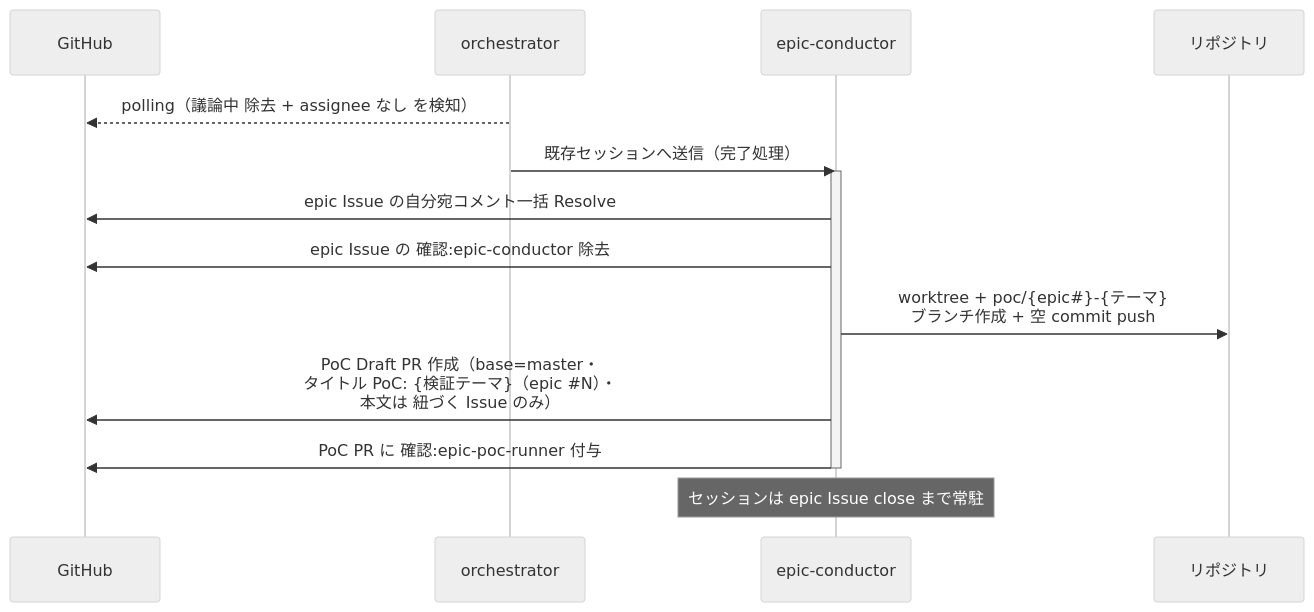
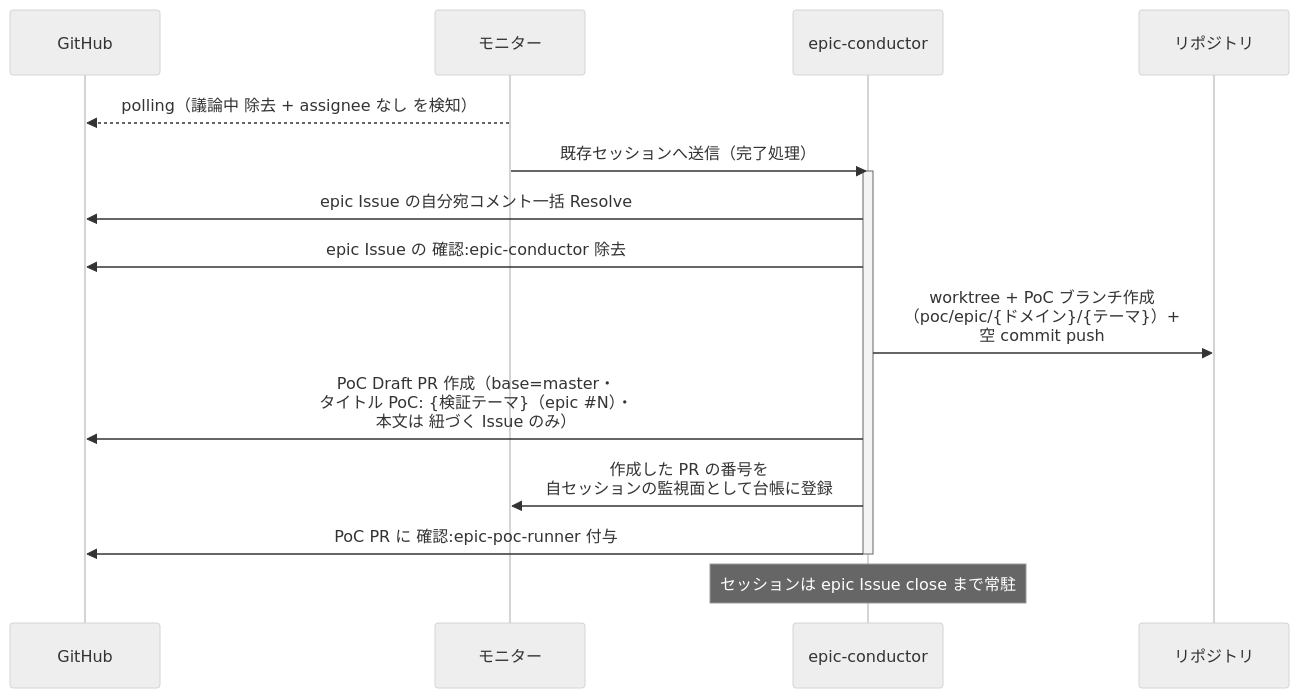
The third of 3 diagrams in docs/wiki/設計図/シナリオ/単一ユースケース/epic要件確定.md (shuhei1101/ai-monitor), drawn with Mermaid (neutral theme) before and after one commit. The commit also changed other lines of this file and 196 other files, not shown here.

````diff
--- a/docs/wiki/設計図/シナリオ/単一ユースケース/epic要件確定.md
+++ b/docs/wiki/設計図/シナリオ/単一ユースケース/epic要件確定.md
@@ -119,18 +128,19 @@
 ```mermaid
 sequenceDiagram
   participant GH as GitHub
-  participant ORC as orchestrator
+  participant ORC as モニター
   participant MON as epic-conductor
   participant REPO as リポジトリ
 
   ORC-->>GH: polling（議論中 除去 + assignee なし を検知）
   ORC->>MON: 既存セッションへ送信（完了処理）
   activate MON
   MON->>GH: epic Issue の自分宛コメント一括 Resolve
   MON->>GH: epic Issue の 確認:epic-conductor 除去
-  MON->>REPO: worktree + poc/{epic#35;}-{テーマ}<br>ブランチ作成 + 空 commit push
+  MON->>REPO: worktree + PoC ブランチ作成<br>（poc/epic/{ドメイン}/{テーマ}）+<br>空 commit push
   MON->>GH: PoC Draft PR 作成（base=master・<br>タイトル PoC: {検証テーマ}（epic #35;N）・<br>本文は 紐づく Issue のみ）
+  MON->>ORC: 作成した PR の番号を<br>自セッションの監視面として台帳に登録
   MON->>GH: PoC PR に 確認:epic-poc-runner 付与
   deactivate MON
   Note over MON: セッションは epic Issue close まで常駐
 ```
````
